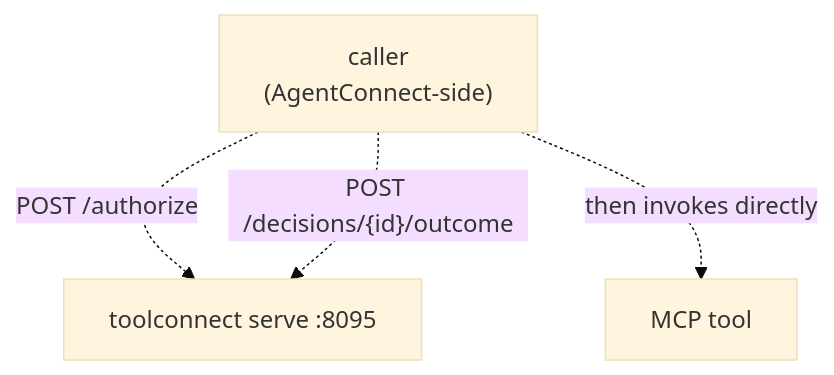
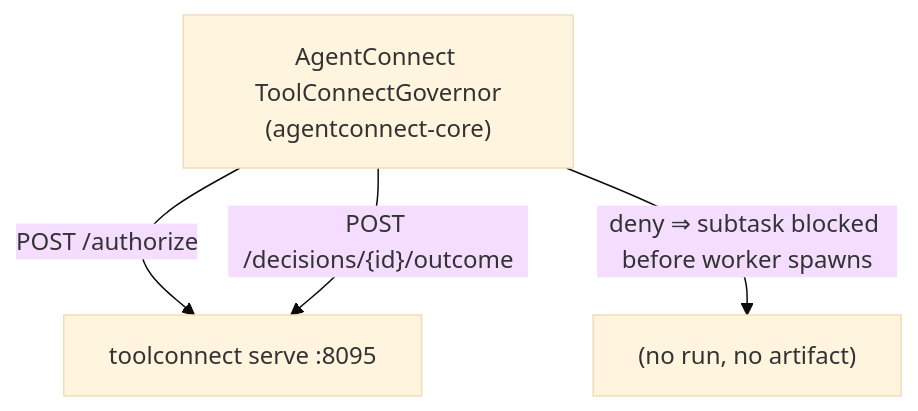
One commit to Judgernaut777/Connect changed the seventh of 8 diagrams in ARCHITECTURE.md. Above: the diagram before and after it, drawn with Mermaid (base theme). The commit also changed other lines of this file and 24 other files, not shown here.

````diff
--- a/ARCHITECTURE.md
+++ b/ARCHITECTURE.md
@@ -176,6 +182,6 @@
 ```mermaid
 flowchart TD
-    caller["caller<br/>(AgentConnect-side)"] -.->|"POST /authorize"| tc["toolconnect serve :8095"]
-    caller -.->|"then invokes directly"| tool["MCP tool"]
-    caller -.->|"POST /decisions/{id}/outcome"| tc
+    gov["AgentConnect ToolConnectGovernor<br/>(agentconnect-core)"] -->|"POST /authorize"| tc["toolconnect serve :8095"]
+    gov -->|"deny ⇒ subtask blocked before worker spawns"| block["(no run, no artifact)"]
+    gov -->|"POST /decisions/{id}/outcome"| tc
 ```
````
